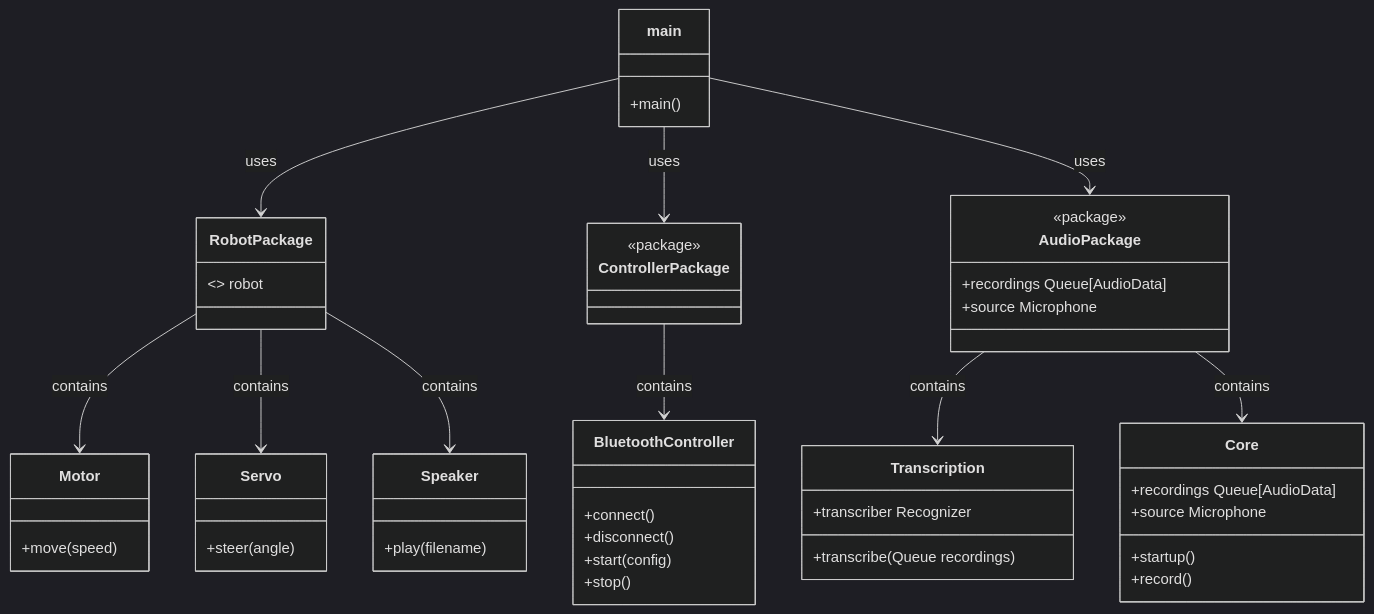
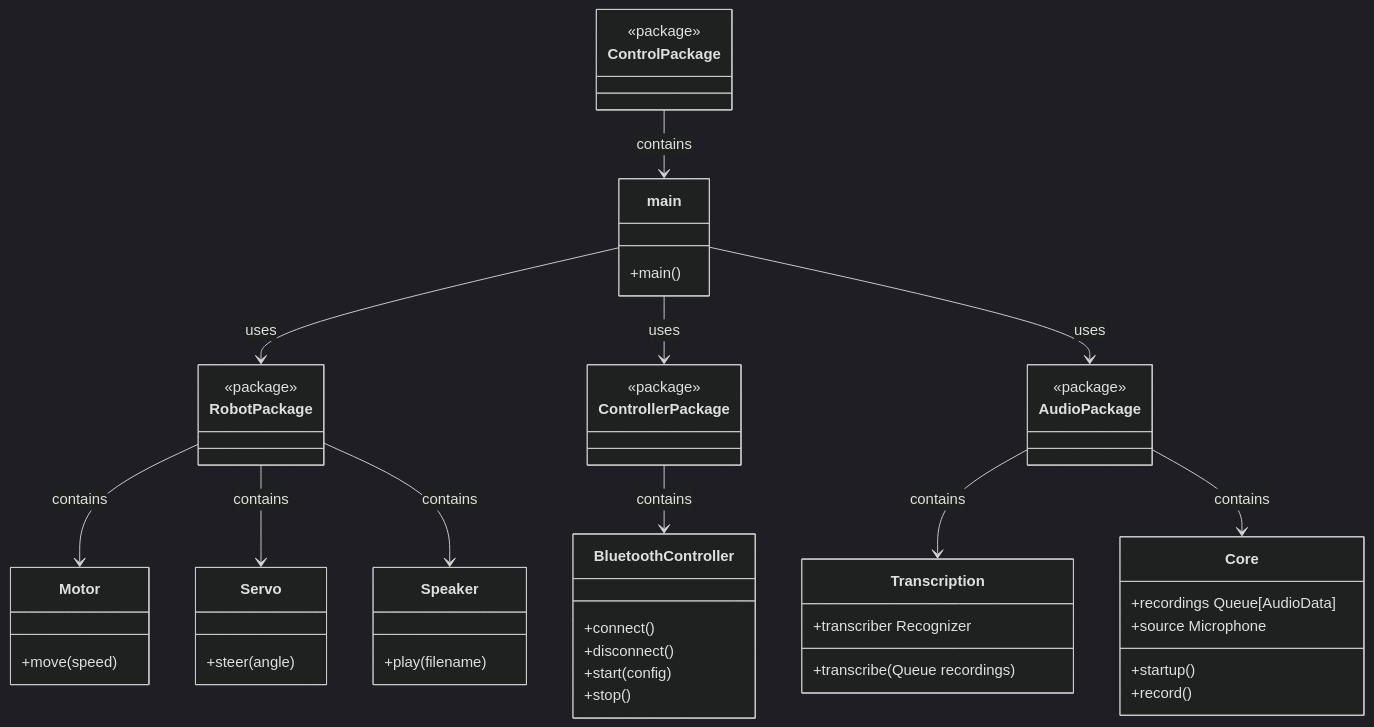
The first of 5 diagrams in software/control/README.md (mohdfareed/MSD_P18538), drawn with Mermaid (dark theme) before and after one commit. The commit also changed other lines of this file, not shown here.

````diff
--- a/software/control/README.md
+++ b/software/control/README.md
@@ -19,55 +19,57 @@
 ```mermaid
 classDiagram
+    class ControlPackage {
+        <<package>>
+    }
     class main {
         +main()
     }
 
     class RobotPackage {
-        <<package>> robot
+        <<package>>
     }
     class Motor {
         +move(speed)
     }
     class Servo {
         +steer(angle)
     }
     class Speaker {
         +play(filename)
     }
 
     class ControllerPackage {
         <<package>>
     }
     class BluetoothController {
         +connect()
         +disconnect()
         +start(config)
         +stop()
     }
 
     class AudioPackage {
         <<package>>
-        +recordings Queue[AudioData]
-        +source Microphone
     }
     class Transcription {
         +transcriber Recognizer
         +transcribe(Queue recordings)
     }
     class Core {
         +recordings Queue[AudioData]
         +source Microphone
         +startup()
         +record()
     }
 
+    ControlPackage --> main : contains
     main --> RobotPackage : uses
     main --> ControllerPackage : uses
     main --> AudioPackage : uses
     RobotPackage --> Motor : contains
     RobotPackage --> Servo : contains
     RobotPackage --> Speaker : contains
     ControllerPackage --> BluetoothController : contains
     AudioPackage --> Transcription : contains
     AudioPackage --> Core : contains
 ```
````
